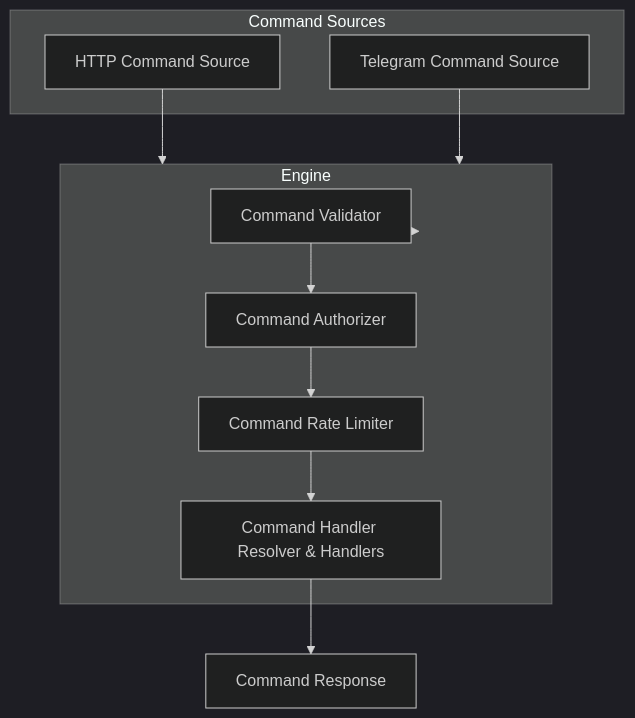
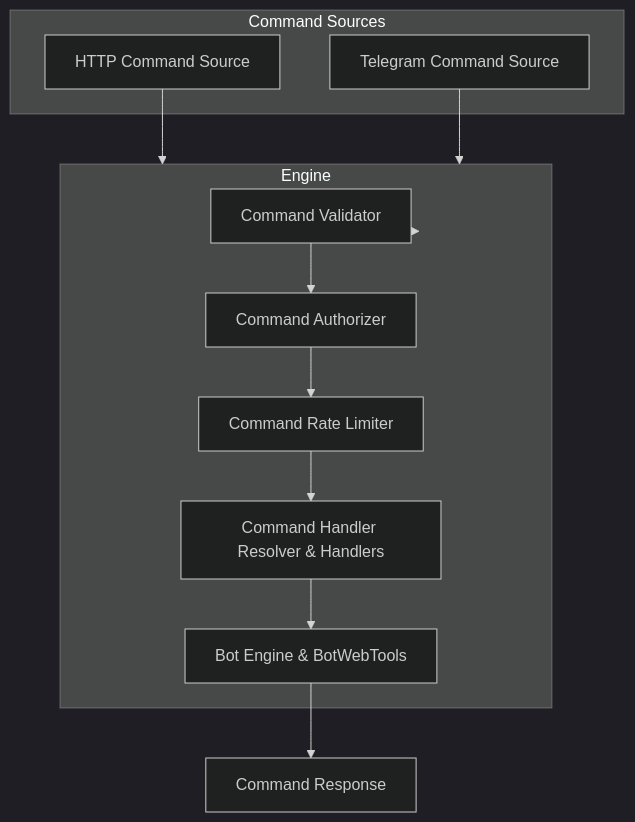
Before and after one commit to isaaccandido/PlanktonProject: the first of 2 diagrams in README.md, drawn with Mermaid (dark theme). The commit also changed other lines of this file and 28 other files, not shown here.

````diff
--- a/README.md
+++ b/README.md
@@ -95,22 +207,24 @@
 ```mermaid
 flowchart TD
     subgraph Command Sources
         HTTP[HTTP Command Source]
         Telegram[Telegram Command Source]
     end
 
     subgraph Engine
         Validator[Command Validator]
         Authorizer[Command Authorizer]
         RateLimiter[Command Rate Limiter]
         Handler[Command Handler Resolver & Handlers]
+        BotEngine[Bot Engine & BotWebTools]
     end
 
     HTTP --> Engine
     Telegram --> Engine
     Engine --> Validator
     Validator --> Authorizer
     Authorizer --> RateLimiter
     RateLimiter --> Handler
-    Handler --> Response[Command Response]
+    Handler --> BotEngine
+    BotEngine --> Response[Command Response]
 ```
````
